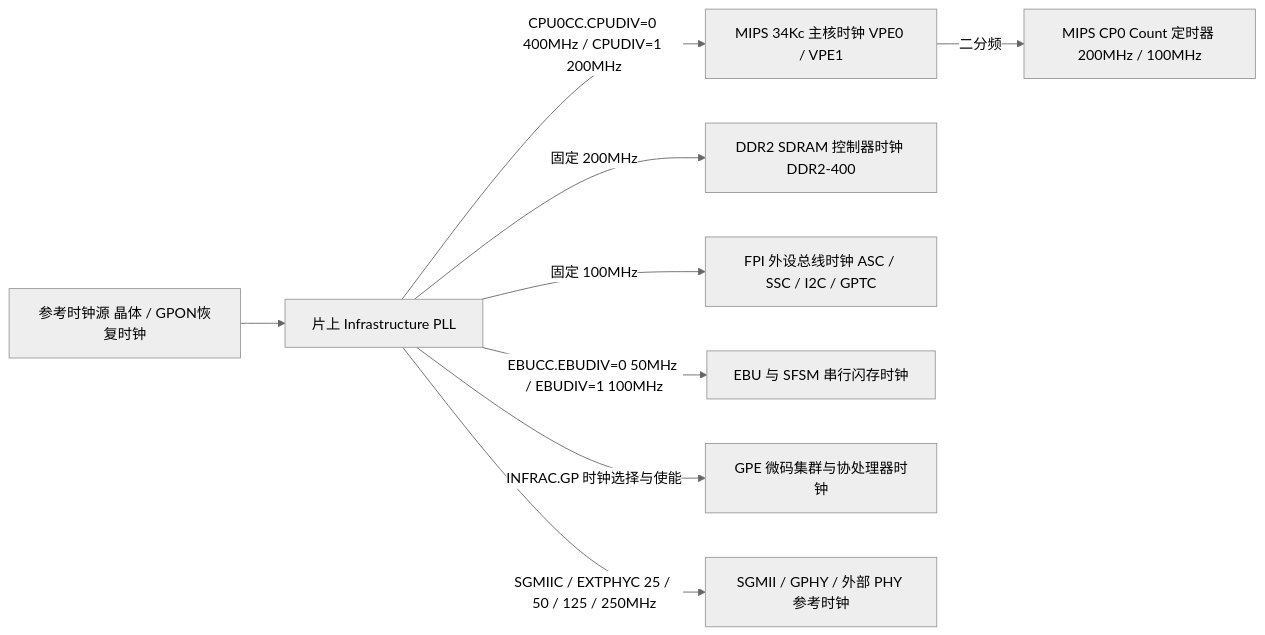
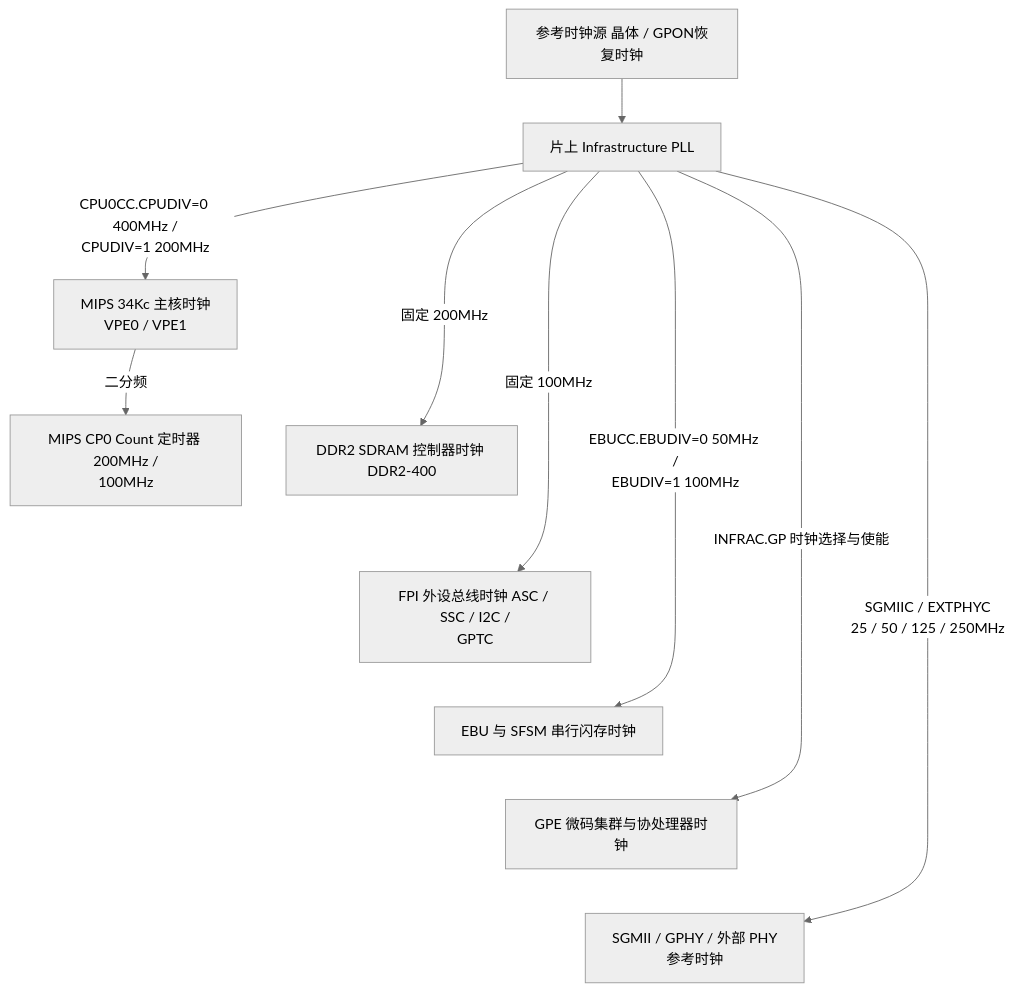
The first of 2 diagrams in 02_system_architecture/03_clock_and_reset.md (difanz/lantiq-falcon-s-docs), drawn with Mermaid (neutral theme) before and after one commit. The commit also changed other lines of this file and 33 other files, not shown here.

Commit message:
Improve diagram readability and adopt the Material theme

````diff
--- a/02_system_architecture/03_clock_and_reset.md
+++ b/02_system_architecture/03_clock_and_reset.md
@@ -9,14 +9,15 @@
 ```mermaid
-flowchart LR
+flowchart TD
     REF["参考时钟源 晶体 / GPON恢复时钟"]
     PLL["片上 Infrastructure PLL"]
     REF --> PLL
 
-    PLL -->|CPU0CC.CPUDIV=0 400MHz / CPUDIV=1 200MHz| CPU_CLK["MIPS 34Kc 主核时钟 VPE0 / VPE1"]
-    CPU_CLK -->|二分频| CP0_CNT["MIPS CP0 Count 定时器 200MHz / 100MHz"]
+    PLL -->|CPU0CC.CPUDIV=0 400MHz /<br/>CPUDIV=1 200MHz| CPU_CLK["MIPS 34Kc 主核时钟<br/>VPE0 / VPE1"]
+    CPU_CLK -->|二分频| CP0_CNT["MIPS CP0 Count 定时器 200MHz /<br/>100MHz"]
     PLL -->|固定 200MHz| DDR_CLK["DDR2 SDRAM 控制器时钟 DDR2-400"]
-    PLL -->|固定 100MHz| FPI_CLK["FPI 外设总线时钟 ASC / SSC / I2C / GPTC"]
-    PLL -->|EBUCC.EBUDIV=0 50MHz / EBUDIV=1 100MHz| EBU_CLK["EBU 与 SFSM 串行闪存时钟"]
+    PLL -->|固定 100MHz| FPI_CLK["FPI 外设总线时钟 ASC / SSC / I2C /<br/>GPTC"]
+    PLL -->|EBUCC.EBUDIV=0 50MHz /<br/>EBUDIV=1 100MHz| EBU_CLK["EBU 与 SFSM 串行闪存时钟"]
     PLL -->|INFRAC.GP 时钟选择与使能| GPE_CLK["GPE 微码集群与协处理器时钟"]
-    PLL -->|SGMIIC / EXTPHYC 25 / 50 / 125 / 250MHz| ETH_CLK["SGMII / GPHY / 外部 PHY 参考时钟"]
+    PLL -->|SGMIIC / EXTPHYC<br/>25 / 50 / 125 / 250MHz| ETH_CLK["SGMII / GPHY / 外部 PHY<br/>参考时钟"]
+    CPU_CLK ~~~ DDR_CLK ~~~ FPI_CLK ~~~ EBU_CLK ~~~ GPE_CLK ~~~ ETH_CLK
 ```
````
